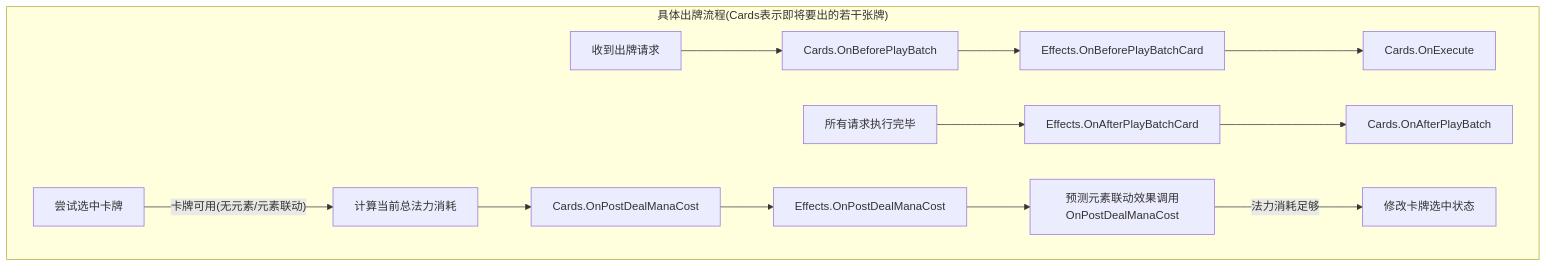
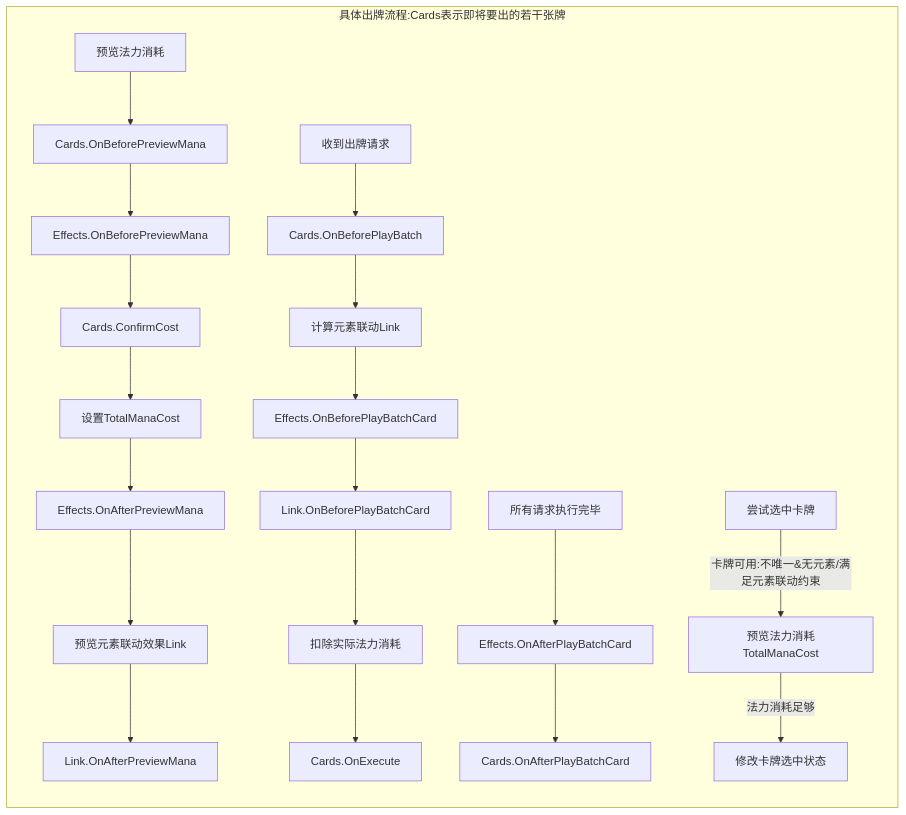
One commit to wyt2000/EarthCore changed the third of 3 diagrams in Docs/Frame/timeline.md. Above: the diagram before and after it, drawn with Mermaid. The commit also changed other lines of this file and 1 other file, not shown here.

````diff
--- a/Docs/Frame/timeline.md
+++ b/Docs/Frame/timeline.md
@@ -35,8 +36,10 @@
 ```mermaid
 graph TB
-subgraph "具体出牌流程(Cards表示即将要出的若干张牌)"
-    收到出牌请求 --> Cards.OnBeforePlayBatch --> Effects.OnBeforePlayBatchCard --> Cards.OnExecute
-    所有请求执行完毕 --> Effects.OnAfterPlayBatchCard --> Cards.OnAfterPlayBatch
-    尝试选中卡牌 -- "卡牌可用(无元素/元素联动)" --> 计算当前总法力消耗 --> Cards.OnPostDealManaCost --> Effects.OnPostDealManaCost --> 预测元素联动效果调用OnPostDealManaCost --> |法力消耗足够| 修改卡牌选中状态
-end
+    subgraph "具体出牌流程:Cards表示即将要出的若干张牌"
+        direction TB
+        预览法力消耗 --> Cards.OnBeforePreviewMana --> Effects.OnBeforePreviewMana --> Cards.ConfirmCost --> 设置TotalManaCost --> Effects.OnAfterPreviewMana --> 预览元素联动效果Link --> Link.OnAfterPreviewMana
+        收到出牌请求 --> Cards.OnBeforePlayBatch --> 计算元素联动Link --> Effects.OnBeforePlayBatchCard --> Link.OnBeforePlayBatchCard --> 扣除实际法力消耗 --> Cards.OnExecute
+        所有请求执行完毕 --> Effects.OnAfterPlayBatchCard --> Cards.OnAfterPlayBatchCard
+        尝试选中卡牌 -- 卡牌可用:不唯一&无元素/满足元素联动约束 --> 预览法力消耗TotalManaCost -->|法力消耗足够| 修改卡牌选中状态
+    end
 ```
````
